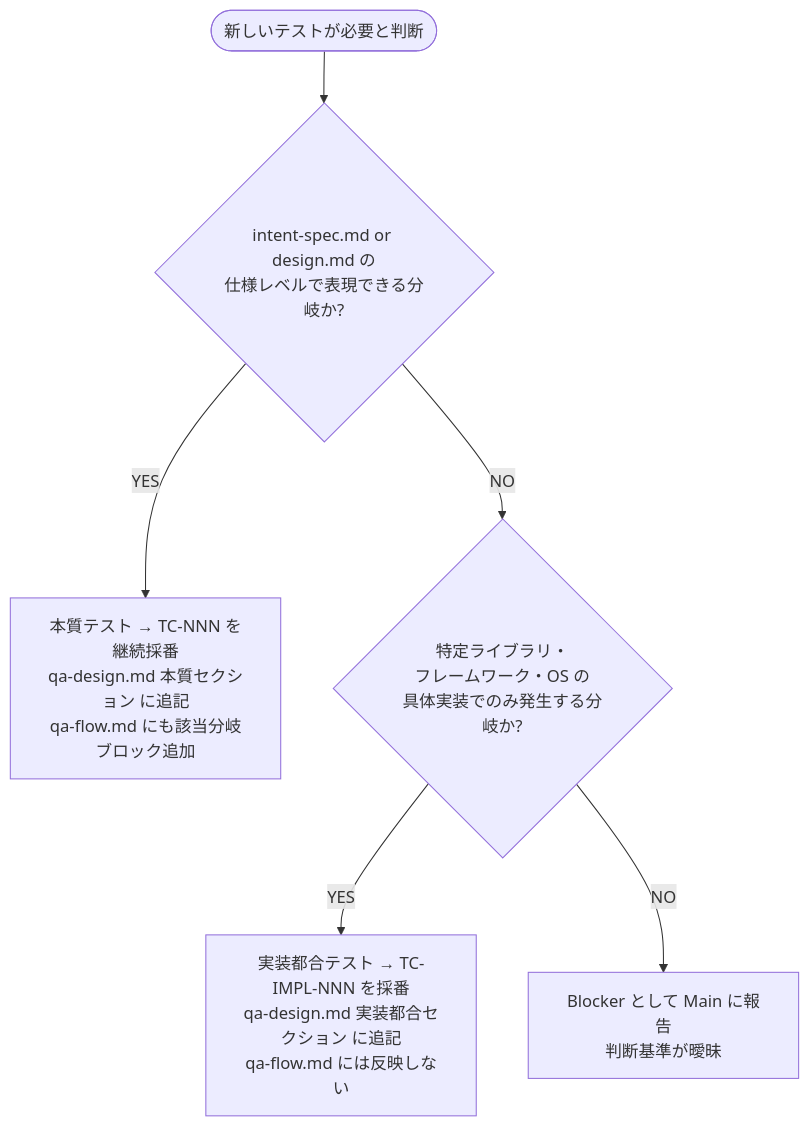
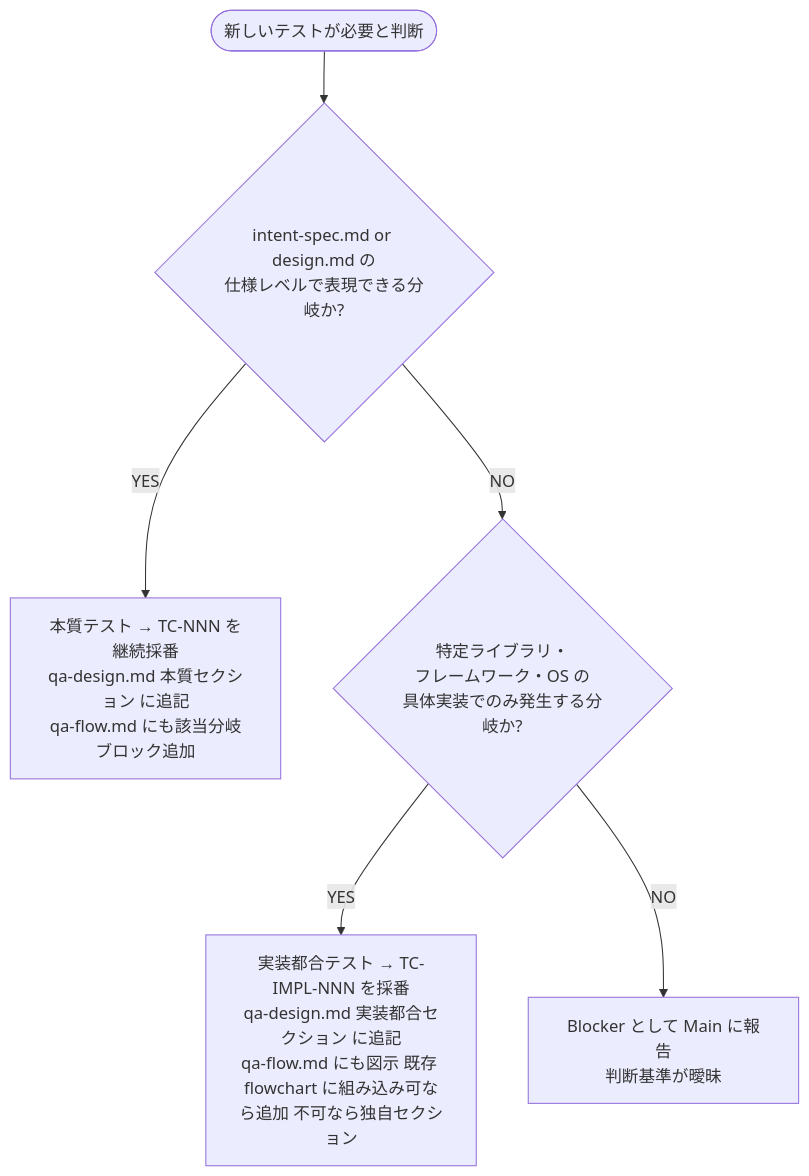
The second of 2 diagrams in docs/dev-workflow/2026-04-26-add-qa-design-step/design.md (totto2727-org/monorepo), drawn with Mermaid before and after one commit. The commit also changed other lines of this file, not shown here.

First line of the commit message:
docs(dev-workflow/2026-04-26-add-qa-design-step): require all TC types (incl. TC-IMPL) in qa-flow.md

````diff
--- a/docs/dev-workflow/2026-04-26-add-qa-design-step/design.md
+++ b/docs/dev-workflow/2026-04-26-add-qa-design-step/design.md
@@ -153,8 +157,8 @@
 ```mermaid
 flowchart TD
   Start([新しいテストが必要と判断]) --> Q1{intent-spec.md or design.md の<br/>仕様レベルで表現できる分岐か?}
   Q1 -->|YES| Essential[本質テスト → TC-NNN を継続採番<br/>qa-design.md 本質セクション に追記<br/>qa-flow.md にも該当分岐ブロック追加]
   Q1 -->|NO| Q2{特定ライブラリ・<br/>フレームワーク・OS の<br/>具体実装でのみ発生する分岐か?}
-  Q2 -->|YES| Impl[実装都合テスト → TC-IMPL-NNN を採番<br/>qa-design.md 実装都合セクション に追記<br/>qa-flow.md には反映しない]
+  Q2 -->|YES| Impl[実装都合テスト → TC-IMPL-NNN を採番<br/>qa-design.md 実装都合セクション に追記<br/>qa-flow.md にも図示 既存 flowchart に組み込み可なら追加 不可なら独自セクション]
   Q2 -->|NO| Block[Blocker として Main に報告<br/>判断基準が曖昧]
 ```
````
